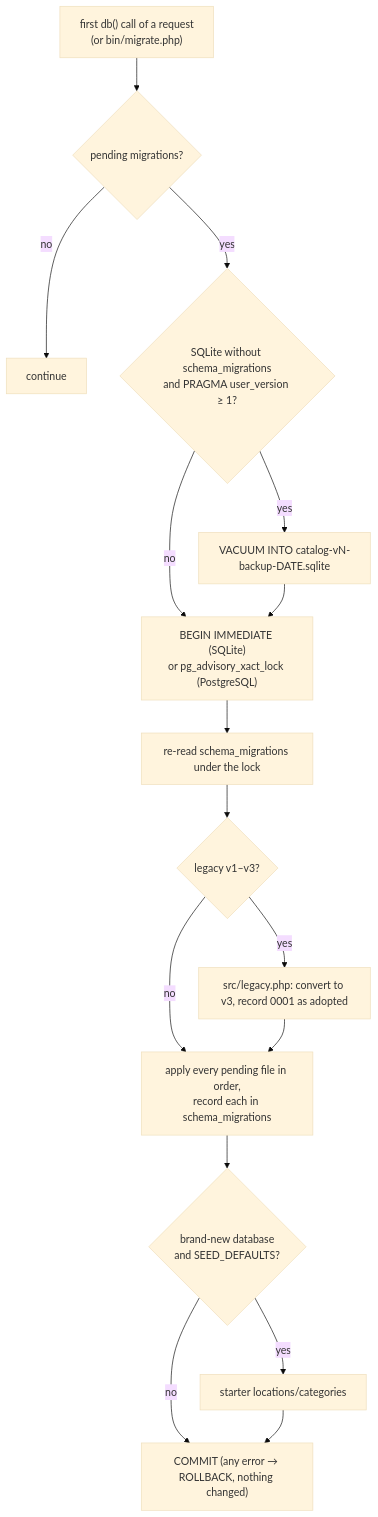
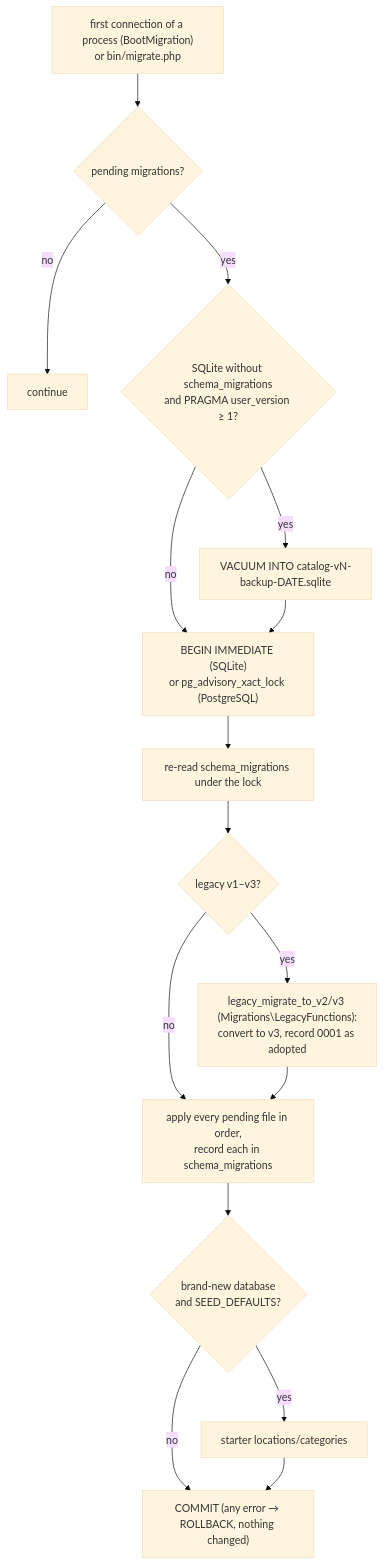
Before and after one commit to thordin9/apotheke: the second of 2 diagrams in docs/database.md, drawn with Mermaid (base theme). The commit also changed other lines of this file and 11 other files, not shown here.

````diff
--- a/docs/database.md
+++ b/docs/database.md
@@ -240,18 +240,18 @@
 ```mermaid
 flowchart TD
-  a["first db() call of a request<br/>(or bin/migrate.php)"] --> b{"pending migrations?"}
+  a["first connection of a process (BootMigration)<br/>or bin/migrate.php"] --> b{"pending migrations?"}
   b -- no --> done["continue"]
   b -- yes --> c{"SQLite without schema_migrations<br/>and PRAGMA user_version ≥ 1?"}
   c -- yes --> snap["VACUUM INTO catalog-vN-backup-DATE.sqlite"]
   c -- no --> lock
   snap --> lock["BEGIN IMMEDIATE (SQLite)<br/>or pg_advisory_xact_lock (PostgreSQL)"]
   lock --> re["re-read schema_migrations under the lock"]
   re --> legacy{"legacy v1–v3?"}
-  legacy -- yes --> conv["src/legacy.php: convert to v3, record 0001 as adopted"]
+  legacy -- yes --> conv["legacy_migrate_to_v2/v3 (Migrations\LegacyFunctions):<br/>convert to v3, record 0001 as adopted"]
   legacy -- no --> apply
   conv --> apply["apply every pending file in order,<br/>record each in schema_migrations"]
   apply --> seed{"brand-new database<br/>and SEED_DEFAULTS?"}
   seed -- yes --> s["starter locations/categories"]
   seed -- no --> commit
   s --> commit["COMMIT (any error → ROLLBACK, nothing changed)"]
 ```
````
